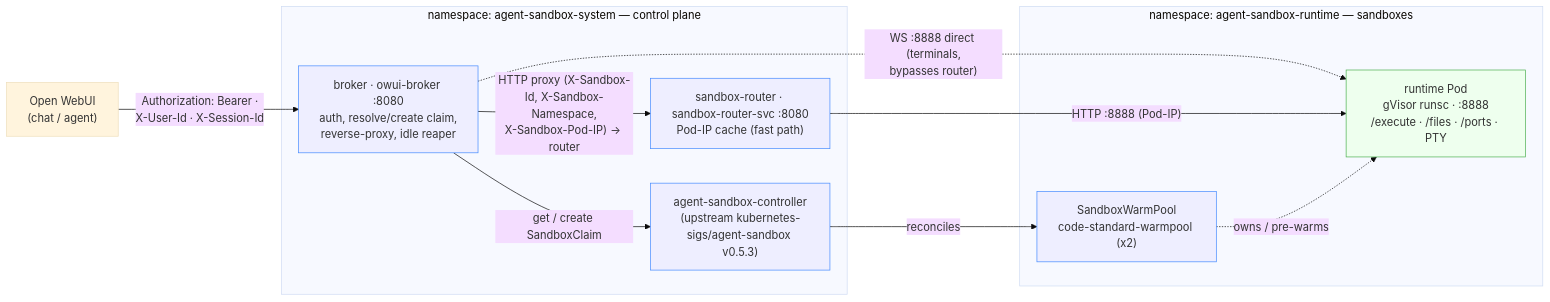
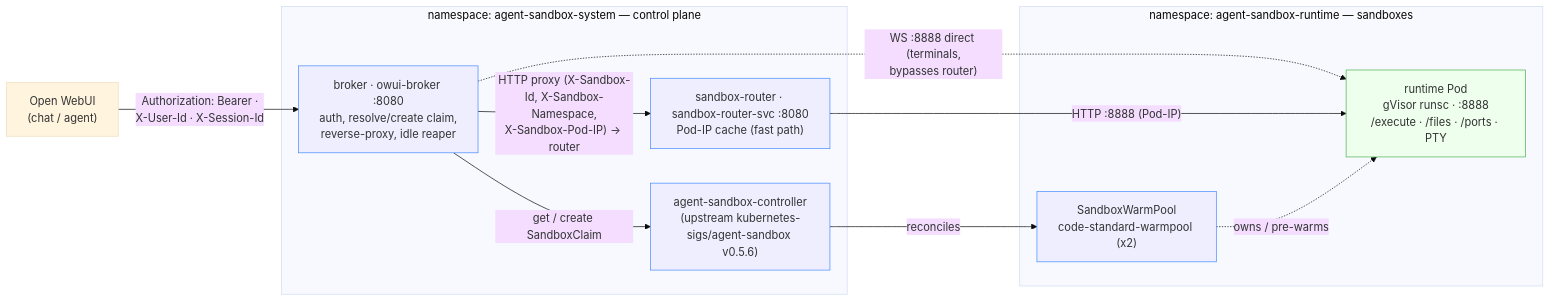
The first of 3 diagrams in docs/architecture.md (volkermauel/open-websandbox), drawn with Mermaid (base theme) before and after one commit. The commit also changed other lines of this file and 29 other files, not shown here.

First line of the commit message:
Upgrade vendored agent-sandbox v0.5.3 -> v0.5.6 (#153)

````diff
--- a/docs/architecture.md
+++ b/docs/architecture.md
@@ -28,24 +28,24 @@
 ```mermaid
 flowchart LR
     WebUI["Open WebUI<br/>(chat / agent)"]
     subgraph SYS["namespace: agent-sandbox-system  —  control plane"]
         Broker["broker · owui-broker :8080<br/>auth, resolve/create claim,<br/>reverse-proxy, idle reaper"]
         Router["sandbox-router · sandbox-router-svc :8080<br/>Pod-IP cache (fast path)"]
-        Ctrl["agent-sandbox-controller<br/>(upstream kubernetes-sigs/agent-sandbox v0.5.3)"]
+        Ctrl["agent-sandbox-controller<br/>(upstream kubernetes-sigs/agent-sandbox v0.5.6)"]
     end
     subgraph RT["namespace: agent-sandbox-runtime  —  sandboxes"]
         Warm["SandboxWarmPool<br/>code-standard-warmpool (x2)"]
         Pod["runtime Pod<br/>gVisor runsc · :8888<br/>/execute · /files · /ports · PTY"]
     end
     WebUI -->|"Authorization: Bearer ·<br/>X-User-Id · X-Session-Id"| Broker
     Broker -->|"HTTP proxy (X-Sandbox-Id, X-Sandbox-Namespace,<br/>X-Sandbox-Pod-IP) → router"| Router
     Broker -.->|"WS :8888 direct (terminals,<br/>bypasses router)"| Pod
     Router -->|"HTTP :8888 (Pod-IP)"| Pod
     Broker -->|"get / create SandboxClaim"| Ctrl
     Ctrl -->|"reconciles"| Warm
     Warm -.->|"owns / pre-warms"| Pod
     classDef sys fill:#eef,stroke:#448aff;
     classDef rt fill:#efe,stroke:#4caf50;
     class Broker,Router,Ctrl,Warm sys;
     class Pod rt;
 ```
````
